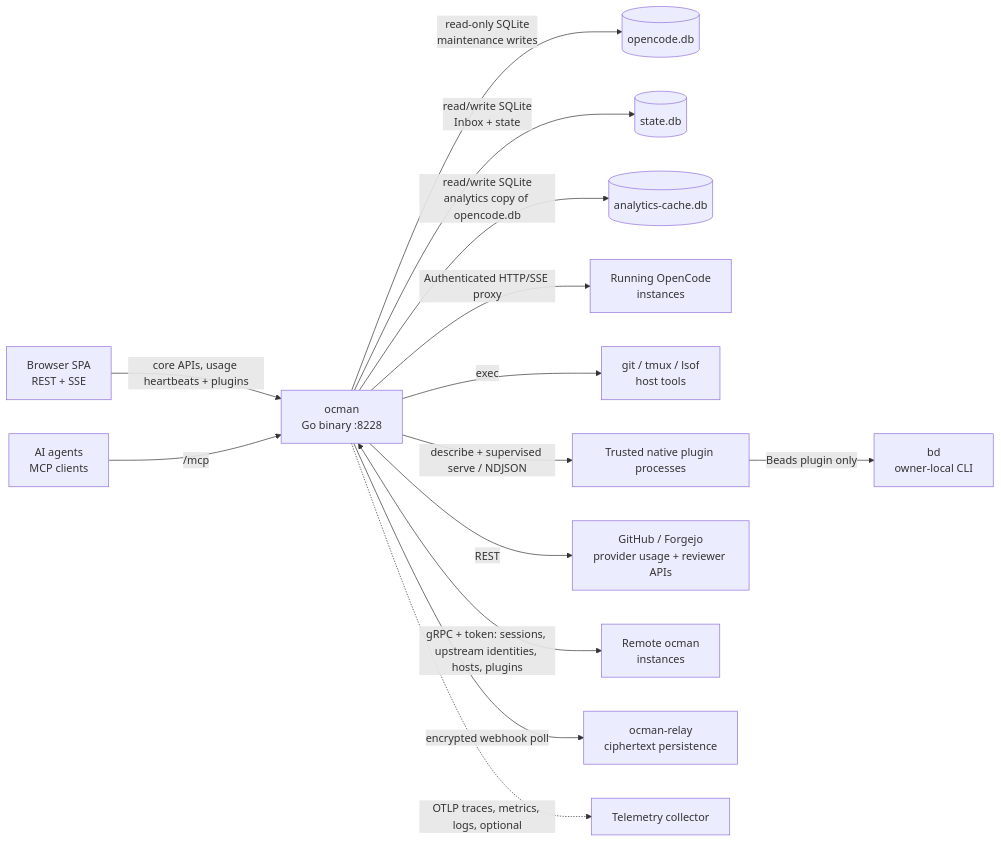
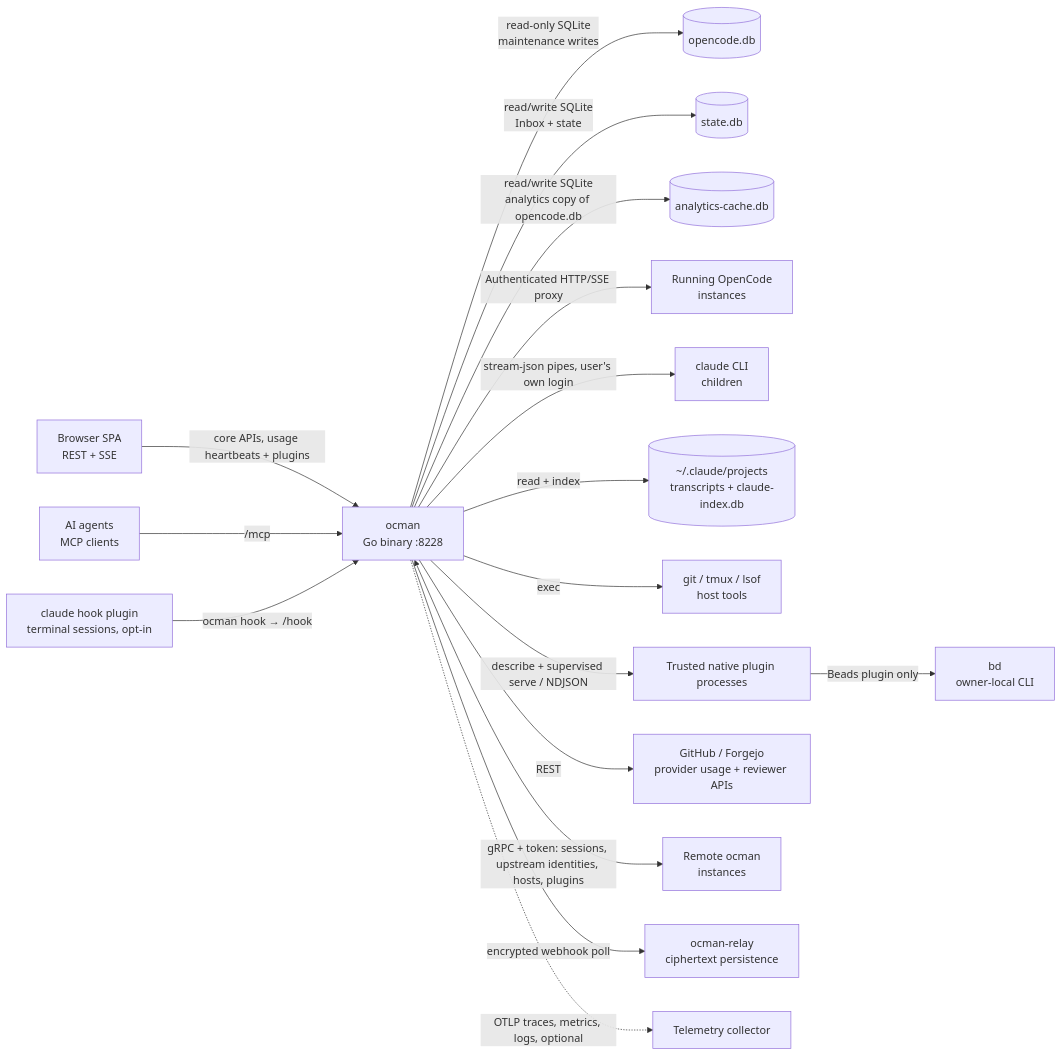
One commit to ocman/ocman changed the second of 5 diagrams in docs/other/architecture.md. Above: the diagram before and after it, drawn with Mermaid. The commit also changed other lines of this file and 427 other files, not shown here.

````diff
--- a/docs/other/architecture.md
+++ b/docs/other/architecture.md
@@ -50,16 +50,19 @@
 ```mermaid
 flowchart LR
     Browser[Browser SPA<br/>REST + SSE] -->|core APIs, usage heartbeats + plugins| Ocman[ocman<br/>Go binary :8228]
     Agent[AI agents<br/>MCP clients] -->|/mcp| Ocman
     Ocman -->|read-only SQLite<br/>maintenance writes| OCDB[(opencode.db)]
     Ocman -->|read/write SQLite<br/>Inbox + state| StateDB[(state.db)]
     Ocman -->|read/write SQLite<br/>analytics copy of opencode.db| Cache[(analytics-cache.db)]
     Ocman -->|Authenticated HTTP/SSE proxy| OCInst[Running OpenCode<br/>instances]
+    Ocman -->|stream-json pipes, user's own login| ClaudeCLI[claude CLI<br/>children]
+    Ocman -->|read + index| ClaudeDir[(~/.claude/projects<br/>transcripts + claude-index.db)]
+    ClaudeHooks[claude hook plugin<br/>terminal sessions, opt-in] -->|ocman hook → /hook| Ocman
     Ocman -->|exec| Shell[git / tmux / lsof<br/>host tools]
     Ocman -->|describe + supervised serve / NDJSON| PluginExec[Trusted native plugin processes]
     PluginExec -->|Beads plugin only| Beads[bd<br/>owner-local CLI]
     Ocman -->|REST| APIs[GitHub / Forgejo<br/>provider usage + reviewer APIs]
     Ocman <-->|gRPC + token: sessions, upstream identities, hosts, plugins| Remotes[Remote ocman<br/>instances]
     Ocman -->|encrypted webhook poll| Relay[ocman-relay<br/>ciphertext persistence]
     Ocman -.->|OTLP traces, metrics, logs, optional| Otel[Telemetry collector]
 ```
````
